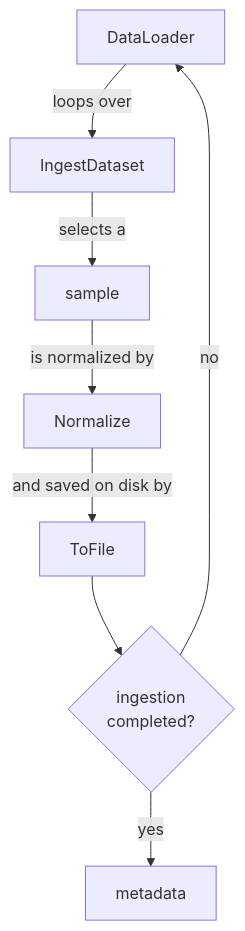
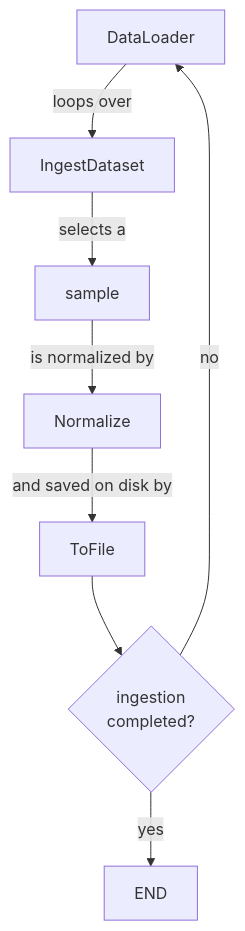
Before and after one commit to nextbitlabs/pytorch-template: the first of 4 diagrams in README.md, drawn with Mermaid. The commit also changed other lines of this file and 4 other files, not shown here.

````diff
--- a/README.md
+++ b/README.md
@@ -108,10 +104,10 @@
 ```mermaid
 graph TD;
     DataLoader-->|loops over|IngestDataset
     IngestDataset-->|selects a|sample
     sample-->|is normalized by|Normalize
     Normalize-->|and saved on disk by|ToFile
     ToFile-->decision{ingestion<br/>completed?}
     decision-->|no|DataLoader
-    decision-->|yes|metadata    
+    decision-->|yes|END
 ```
````
